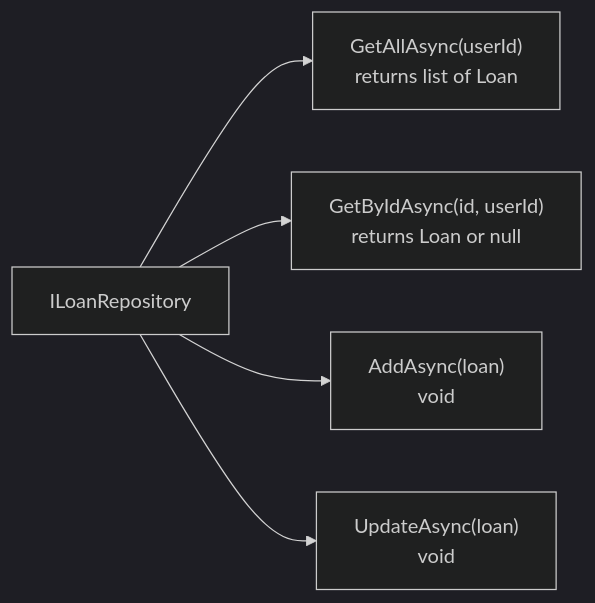
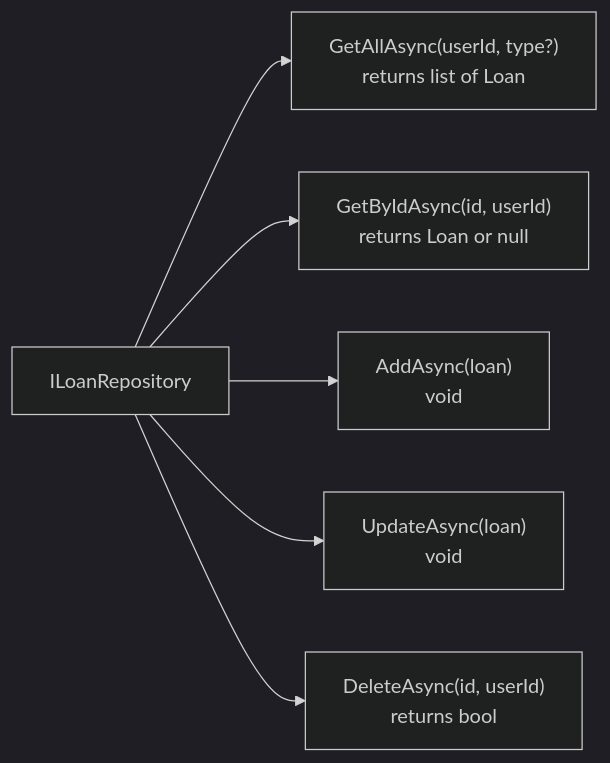
One commit to dev-personal-projects/vela changed the sixth of 9 diagrams in docs/phases/PHASE-2-infrastructure.md. Above: the diagram before and after it, drawn with Mermaid (dark theme). The commit also changed other lines of this file and 4 other files, not shown here.

````diff
--- a/docs/phases/PHASE-2-infrastructure.md
+++ b/docs/phases/PHASE-2-infrastructure.md
@@ -186,8 +208,9 @@
 ```mermaid
 flowchart LR
     LR[ILoanRepository]
-    LR --> GA["GetAllAsync(userId)\nreturns list of Loan"]
+    LR --> GA["GetAllAsync(userId, type?)\nreturns list of Loan"]
     LR --> GI["GetByIdAsync(id, userId)\nreturns Loan or null"]
     LR --> AD["AddAsync(loan)\nvoid"]
     LR --> UP["UpdateAsync(loan)\nvoid"]
+    LR --> DL["DeleteAsync(id, userId)\nreturns bool"]
 ```
````
